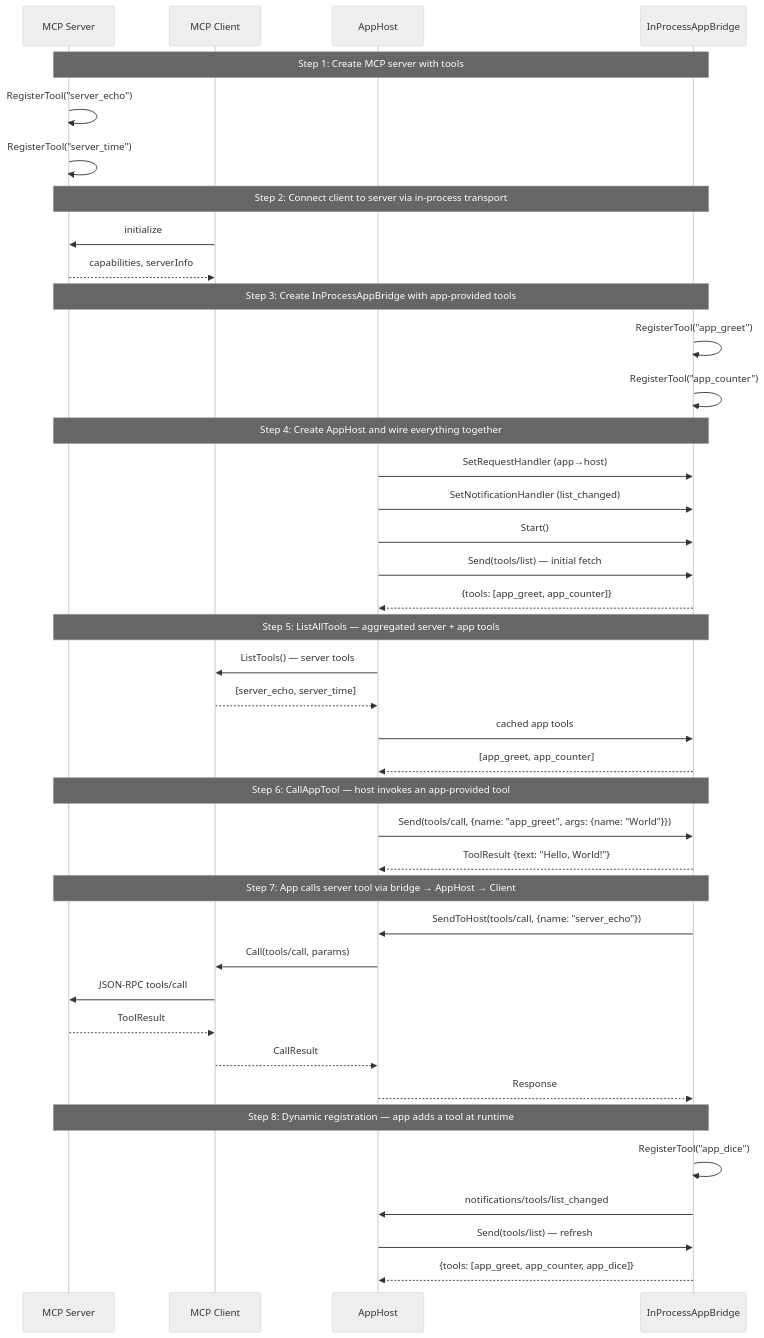
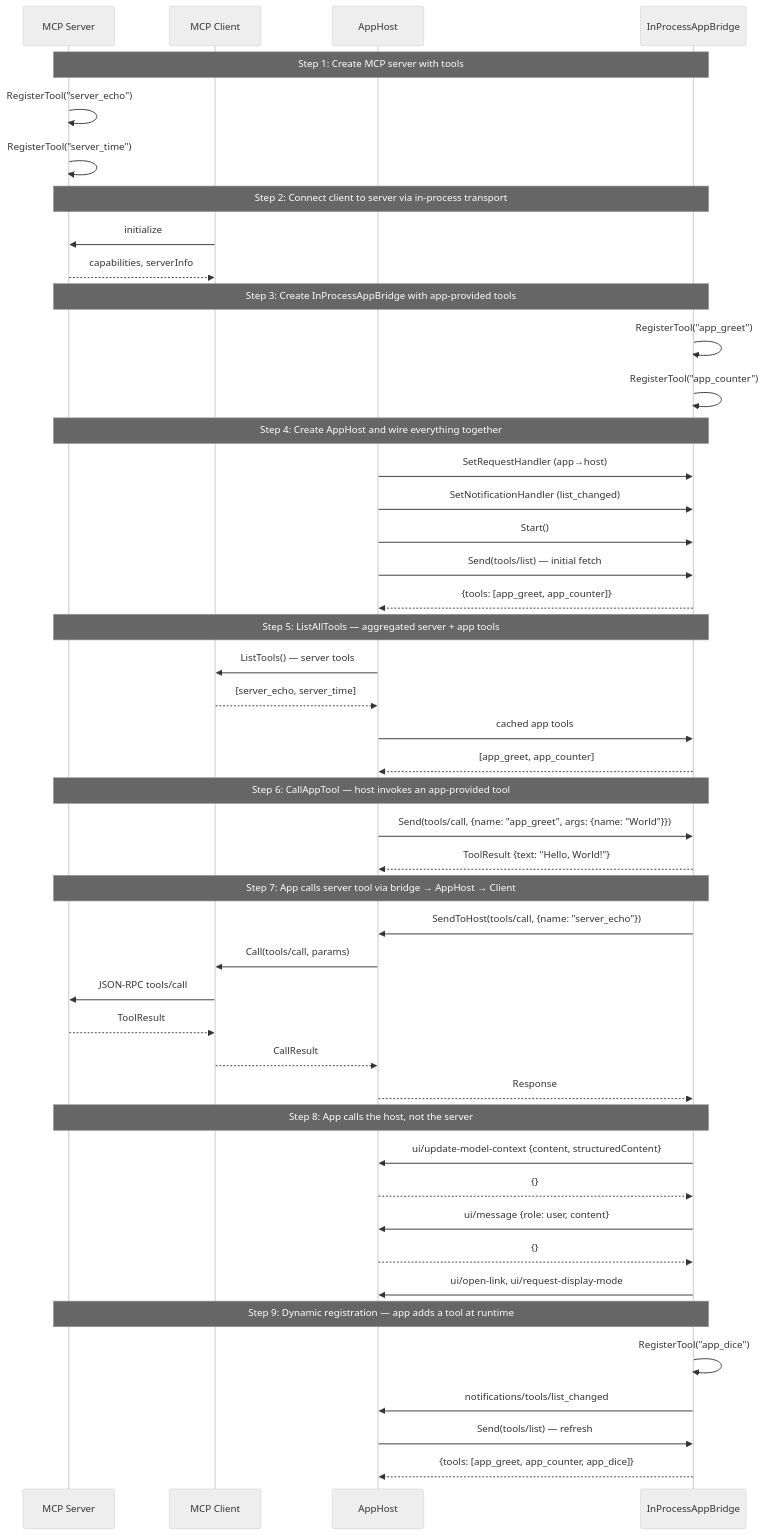
Before and after one commit to panyam/mcpkit: the diagram in examples/host/01-apphost/WALKTHROUGH.md, drawn with Mermaid (neutral theme). The commit also changed other lines of this file and 9 other files, not shown here.

First line of the commit message:
feat(ui): AppHost answers the View's ui/* host requests (#1456)

````diff
--- a/examples/host/01-apphost/WALKTHROUGH.md
+++ b/examples/host/01-apphost/WALKTHROUGH.md
@@ -18,50 +19,57 @@
 ```mermaid
 sequenceDiagram
     participant Srv as MCP Server
     participant Client as MCP Client
     participant Host as AppHost
     participant Bridge as InProcessAppBridge
 
     Note over Srv,Bridge: Step 1: Create MCP server with tools
     Srv->>Srv: RegisterTool("server_echo")
     Srv->>Srv: RegisterTool("server_time")
 
     Note over Srv,Bridge: Step 2: Connect client to server via in-process transport
     Client->>Srv: initialize
     Srv-->>Client: capabilities, serverInfo
 
     Note over Srv,Bridge: Step 3: Create InProcessAppBridge with app-provided tools
     Bridge->>Bridge: RegisterTool("app_greet")
     Bridge->>Bridge: RegisterTool("app_counter")
 
     Note over Srv,Bridge: Step 4: Create AppHost and wire everything together
     Host->>Bridge: SetRequestHandler (app→host)
     Host->>Bridge: SetNotificationHandler (list_changed)
     Host->>Bridge: Start()
     Host->>Bridge: Send(tools/list) — initial fetch
     Bridge-->>Host: {tools: [app_greet, app_counter]}
 
     Note over Srv,Bridge: Step 5: ListAllTools — aggregated server + app tools
     Host->>Client: ListTools() — server tools
     Client-->>Host: [server_echo, server_time]
     Host->>Bridge: cached app tools
     Bridge-->>Host: [app_greet, app_counter]
 
     Note over Srv,Bridge: Step 6: CallAppTool — host invokes an app-provided tool
     Host->>Bridge: Send(tools/call, {name: "app_greet", args: {name: "World"}})
     Bridge-->>Host: ToolResult {text: "Hello, World!"}
 
     Note over Srv,Bridge: Step 7: App calls server tool via bridge → AppHost → Client
     Bridge->>Host: SendToHost(tools/call, {name: "server_echo"})
     Host->>Client: Call(tools/call, params)
     Client->>Srv: JSON-RPC tools/call
     Srv-->>Client: ToolResult
     Client-->>Host: CallResult
     Host-->>Bridge: Response
 
-    Note over Srv,Bridge: Step 8: Dynamic registration — app adds a tool at runtime
+    Note over Srv,Bridge: Step 8: App calls the host, not the server
+    Bridge->>Host: ui/update-model-context {content, structuredContent}
+    Host-->>Bridge: {}
+    Bridge->>Host: ui/message {role: user, content}
+    Host-->>Bridge: {}
+    Bridge->>Host: ui/open-link, ui/request-display-mode
+
+    Note over Srv,Bridge: Step 9: Dynamic registration — app adds a tool at runtime
     Bridge->>Bridge: RegisterTool("app_dice")
     Bridge->>Host: notifications/tools/list_changed
     Host->>Bridge: Send(tools/list) — refresh
     Bridge-->>Host: {tools: [app_greet, app_counter, app_dice]}
 ```
````
